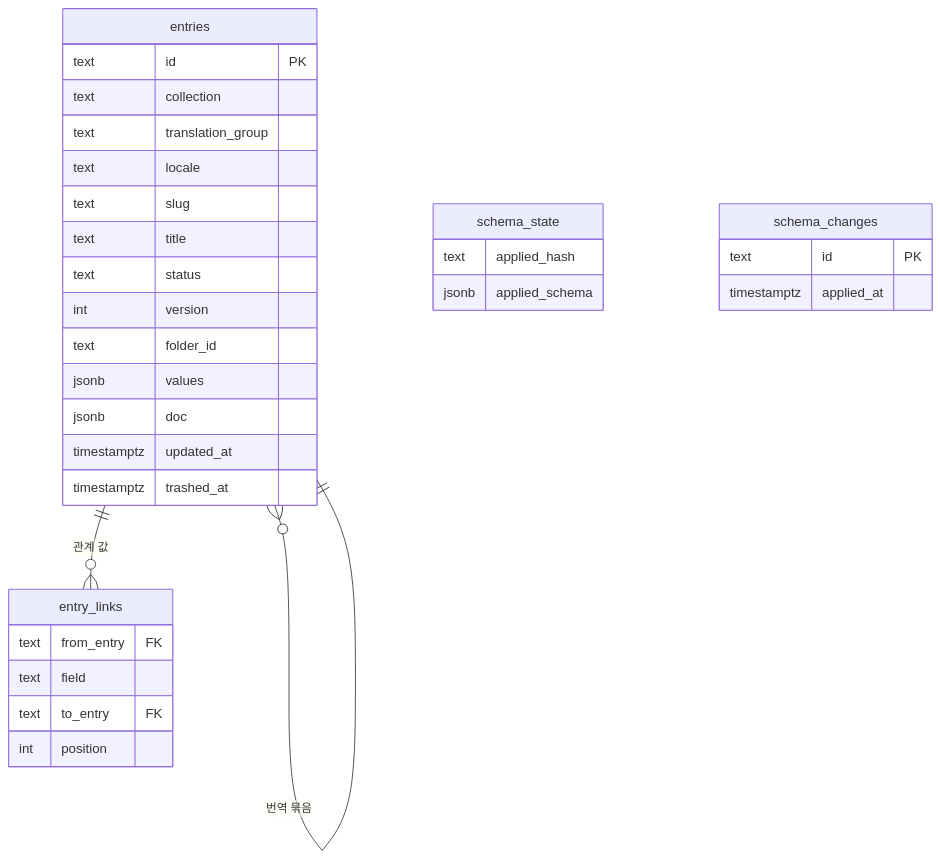
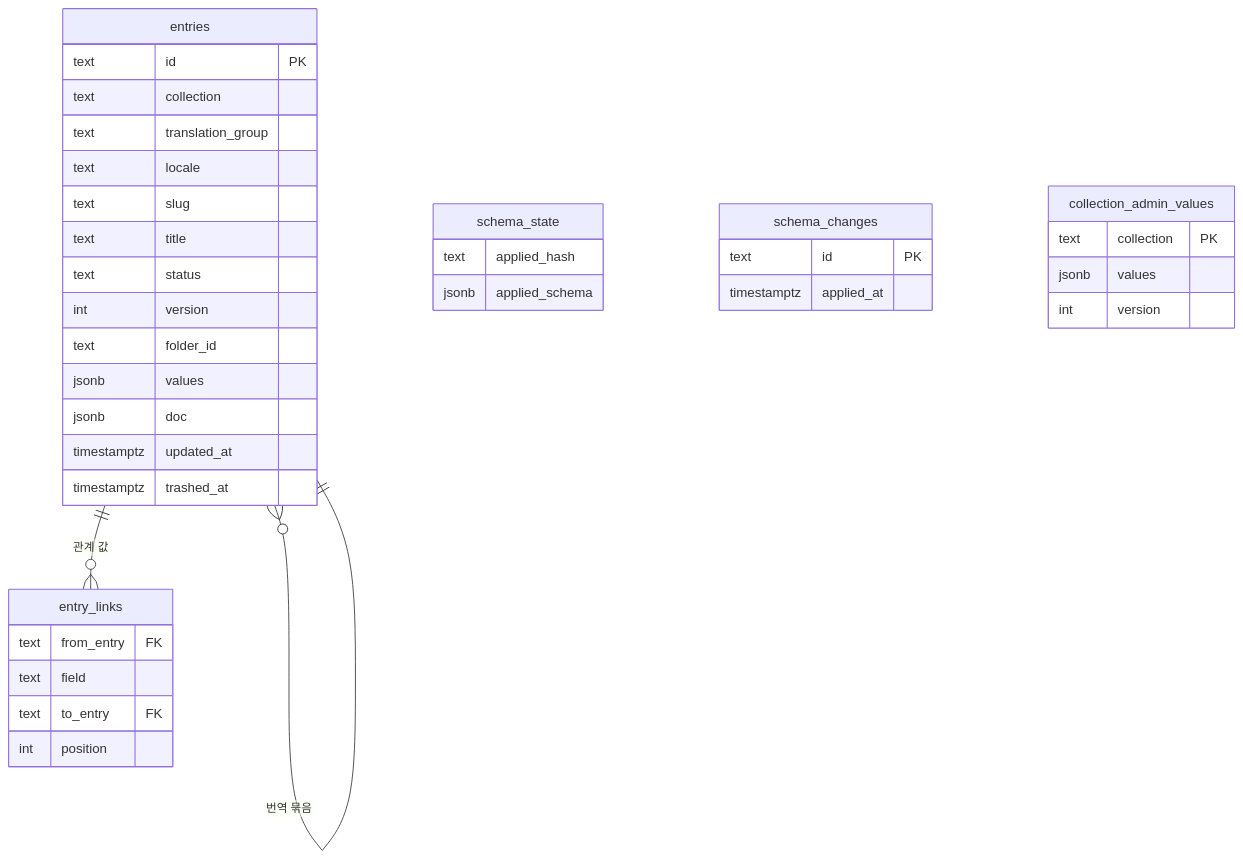
One commit to monti-cms/monti changed the third of 4 diagrams in docs/design/features/01-content-structure.md. Above: the diagram before and after it, drawn with Mermaid. The commit also changed other lines of this file and 2 other files, not shown here.

````diff
--- a/docs/design/features/01-content-structure.md
+++ b/docs/design/features/01-content-structure.md
@@ -120,34 +153,39 @@
 ```mermaid
 erDiagram
   entries {
     text id PK
     text collection
     text translation_group
     text locale
     text slug
     text title
     text status
     int version
     text folder_id
     jsonb values
     jsonb doc
     timestamptz updated_at
     timestamptz trashed_at
   }
   entry_links {
     text from_entry FK
     text field
     text to_entry FK
     int position
   }
   schema_state {
     text applied_hash
     jsonb applied_schema
   }
   schema_changes {
     text id PK
     timestamptz applied_at
   }
+  collection_admin_values {
+    text collection PK
+    jsonb values
+    int version
+  }
   entries ||--o{ entry_links : "관계 값"
   entries }o--|| entries : "번역 묶음"
 ```
````
